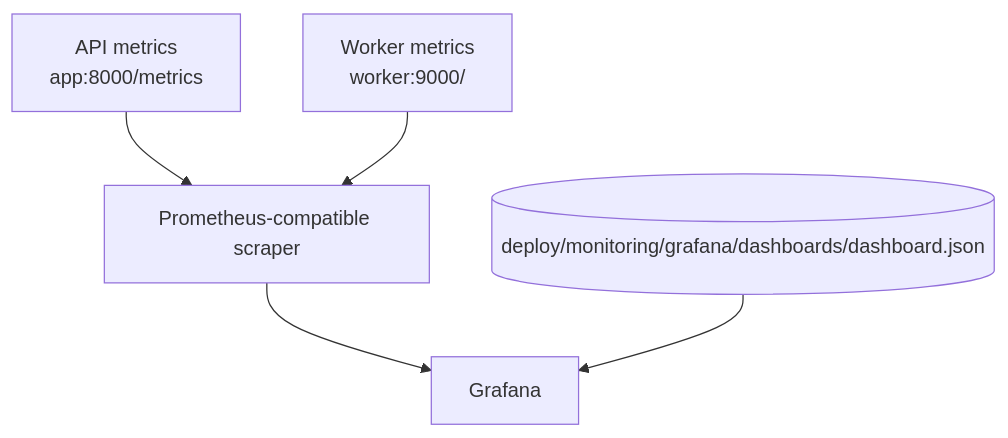
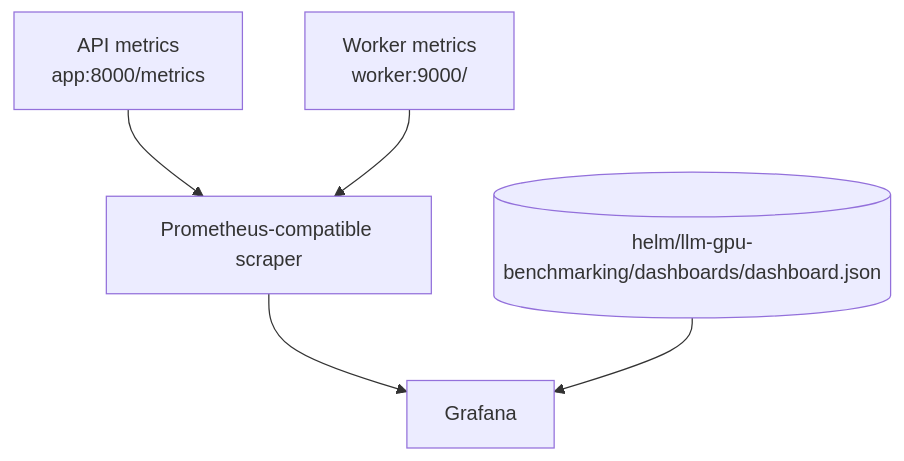
The third of 7 diagrams in README.md (sidpasham/nim-factory-poc), drawn with Mermaid before and after one commit. The commit also changed other lines of this file and 8 other files, not shown here.

````diff
--- a/README.md
+++ b/README.md
@@ -113,7 +113,7 @@
 ```mermaid
 flowchart TB
     apiMetrics["API metrics<br/>app:8000/metrics"] --> prometheus[Prometheus-compatible scraper]
     workerMetrics["Worker metrics<br/>worker:9000/"] --> prometheus
     prometheus --> grafana[Grafana]
-    dashboardFile[(deploy/monitoring/grafana/dashboards/dashboard.json)] --> grafana
+    dashboardFile[(helm/llm-gpu-benchmarking/dashboards/dashboard.json)] --> grafana
 ```
````
